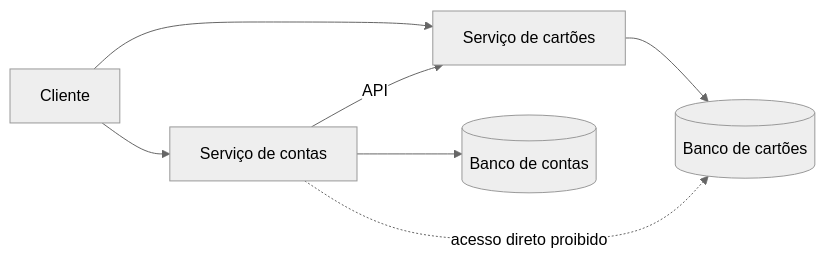
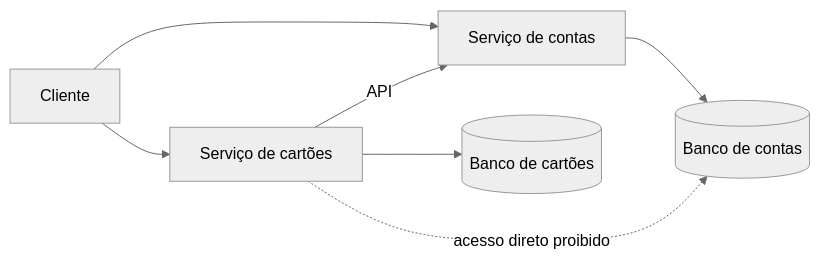
One commit to alancesar/design-patterns changed the diagram in docs/architecture/microservices/service-collaboration/database-per-service.md. Above: the diagram before and after it, drawn with Mermaid (neutral theme). The commit also changed other lines of this file and 28 other files, not shown here.

Commit message:
Fix diagram review findings in microservices, eip, cloud and agent patterns

````diff
--- a/docs/architecture/microservices/service-collaboration/database-per-service.md
+++ b/docs/architecture/microservices/service-collaboration/database-per-service.md
@@ -57,9 +57,9 @@
 ```mermaid
 flowchart LR
     C["Cliente"] --> ACC["Serviço de contas"]
     C --> CS["Serviço de cartões"]
     ACC --> ADB[("Banco de contas")]
     CS --> CDB[("Banco de cartões")]
-    ACC -->|"API"| CS
-    ACC -.->|"acesso direto proibido"| CDB
+    CS -->|"API"| ACC
+    CS -.->|"acesso direto proibido"| ADB
 ```
````
